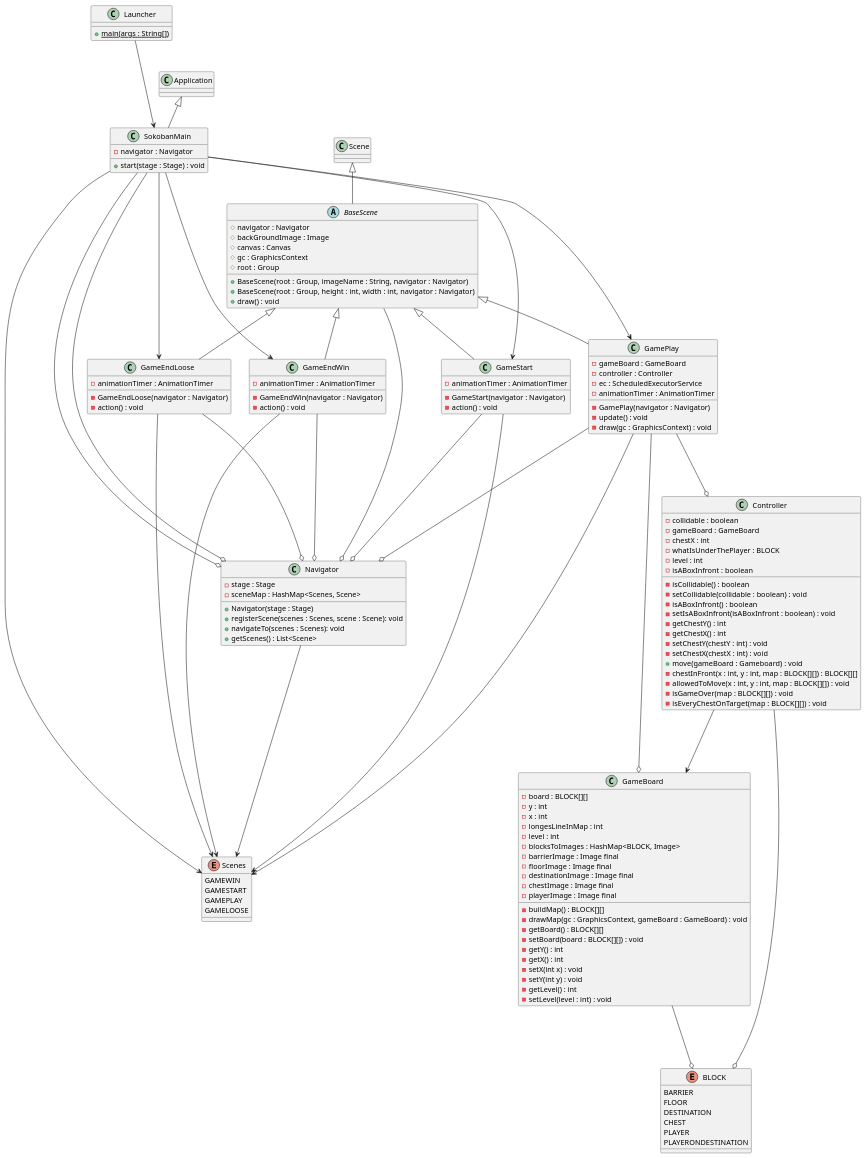
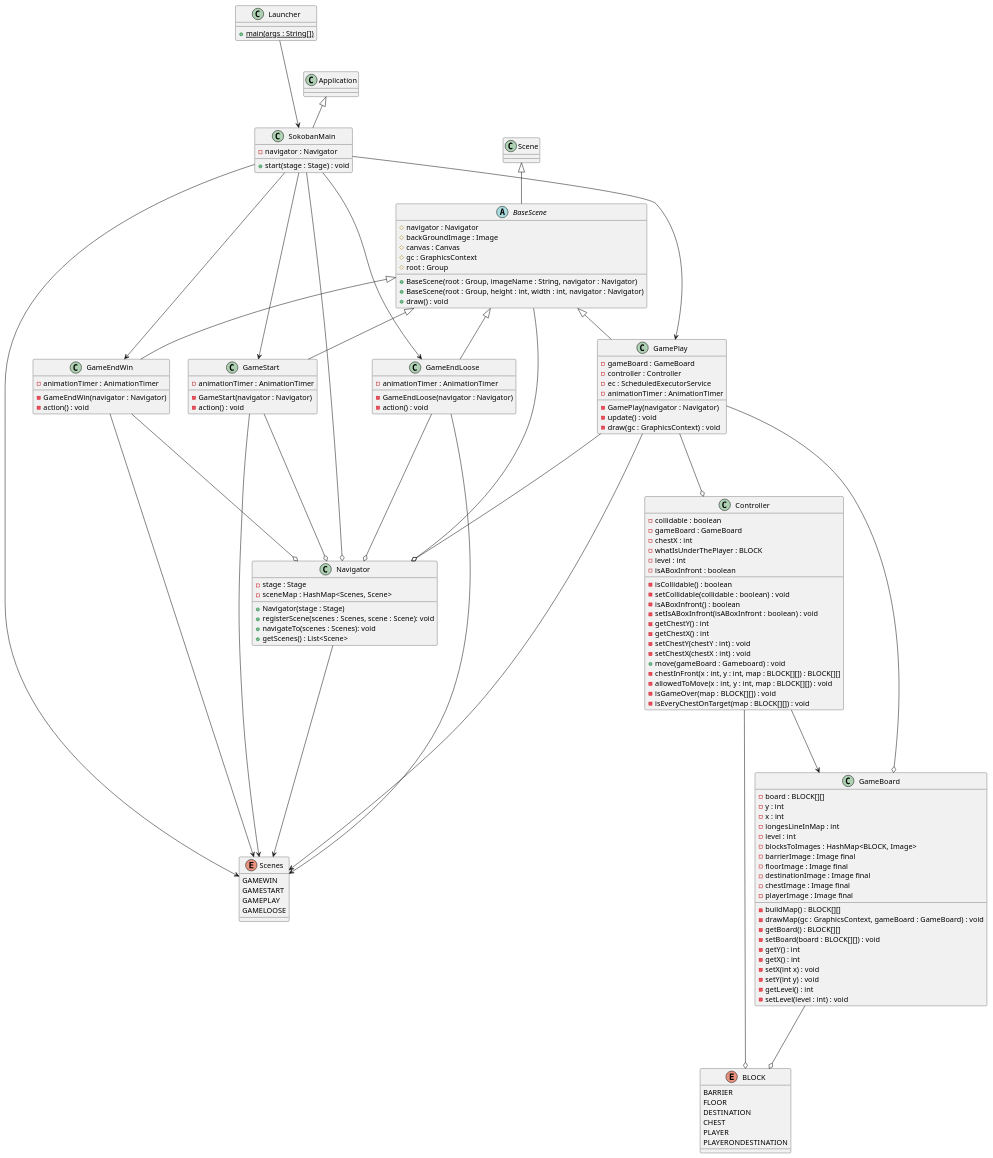
One commit to NielsMeister/sokoban_2 changed the diagram in doc/klassendiagramm.puml. Above: the diagram before and after it, drawn with PlantUML. The commit also changed 58 other files, not shown here.

```diff
--- a/doc/klassendiagramm.puml
+++ b/doc/klassendiagramm.puml
@@ -1,144 +1,143 @@
 @startuml
 'https://plantuml.com/class-diagramclass Position {
 
 
 Launcher ---> SokobanMain
 SokobanMain ---o Navigator
 SokobanMain ---> Scenes
 SokobanMain ---> GameEndLoose
 SokobanMain ---> GameEndWin
 SokobanMain ---> GamePlay
 SokobanMain ---> GameStart
-SokobanMain ---o Navigator
 Navigator ---> Scenes
 GameBoard ---o BLOCK
 Controller ---o BLOCK
 Controller ---> GameBoard
 BaseScene ---o Navigator
 GameStart ---> Scenes
 GameStart ---o Navigator
 GamePlay ---o Controller
 GamePlay ---o GameBoard
 GamePlay ---o Navigator
 GamePlay ---> Scenes
 GameEndLoose ---> Scenes
 GameEndLoose ---o Navigator
 GameEndWin ---> Scenes
 GameEndWin ---o Navigator
 
 enum BLOCK {
      BARRIER
      FLOOR
      DESTINATION
      CHEST
      PLAYER
      PLAYERONDESTINATION
 }
 enum Scenes{
     GAMEWIN
     GAMESTART
     GAMEPLAY
     GAMELOOSE
 }
 
 class GameBoard {
     - board : BLOCK[][]
     - y : int
     - x : int
     - longesLineInMap : int
     - level : int
     - blocksToImages : HashMap<BLOCK, Image>
     - barrierImage : Image final
     - floorImage : Image final
     - destinationImage : Image final
     - chestImage : Image final
     - playerImage : Image final
     - buildMap() : BLOCK[][]
     - drawMap(gc : GraphicsContext, gameBoard : GameBoard) : void
     - getBoard() : BLOCK[][]
     - setBoard(board : BLOCK[][]) : void
     - getY() : int
     - getX() : int
     - setX(int x) : void
     - setY(int y) : void
     - getLevel() : int
     - setLevel(level : int) : void
 }
 class Controller{
     - collidable : boolean
     - gameBoard : GameBoard
     - chestX : int
     - whatIsUnderThePlayer : BLOCK
     - level : int
     - isABoxInfront : boolean
     - isCollidable() : boolean
     - setCollidable(collidable : boolean) : void
     - isABoxInfront() : boolean
     - setIsABoxInfront(isABoxInfront : boolean) : void
     - getChestY() : int
     - getChestX() : int
     - setChestY(chestY : int) : void
     - setChestX(chestX : int) : void
     + move(gameBoard : Gameboard) : void
     - chestInFront(x : int, y : int, map : BLOCK[][]) : BLOCK[][]
     - allowedToMove(x : int, y : int, map : BLOCK[][]) : void
     - isGameOver(map : BLOCK[][]) : void
     - isEveryChestOnTarget(map : BLOCK[][]) : void
 }
 abstract class BaseScene extends Scene{
     # navigator : Navigator
     # backGroundImage : Image
     # canvas : Canvas
     # gc : GraphicsContext
     # root : Group
     + BaseScene(root : Group, imageName : String, navigator : Navigator)
     + BaseScene(root : Group, height : int, width : int, navigator : Navigator)
     + draw() : void
 }
 class GameEndLoose extends BaseScene{
     - animationTimer : AnimationTimer
     - GameEndLoose(navigator : Navigator)
     - action() : void
 }
 
 class GameEndWin extends BaseScene{
     - animationTimer : AnimationTimer
     - GameEndWin(navigator : Navigator)
     - action() : void
 }
 
 class GamePlay extends BaseScene{
     - gameBoard : GameBoard
     - controller : Controller
     - ec : ScheduledExecutorService
     - animationTimer : AnimationTimer
     - GamePlay(navigator : Navigator)
     - update() : void
     - draw(gc : GraphicsContext) : void
 }
 
 class GameStart extends BaseScene{
     - animationTimer : AnimationTimer
     - GameStart(navigator : Navigator)
     - action() : void
 }
 
 class Launcher{
     + {static} main(args : String[])
 }
 
 class Navigator{
     - stage : Stage
     - sceneMap : HashMap<Scenes, Scene>
     + Navigator(stage : Stage)
     + registerScene(scenes : Scenes, scene : Scene): void
     + navigateTo(scenes : Scenes): void
     + getScenes() : List<Scene>
 }
 
 class SokobanMain extends Application{
     - navigator : Navigator
     + start(stage : Stage) : void
 }
 
 @enduml
```
